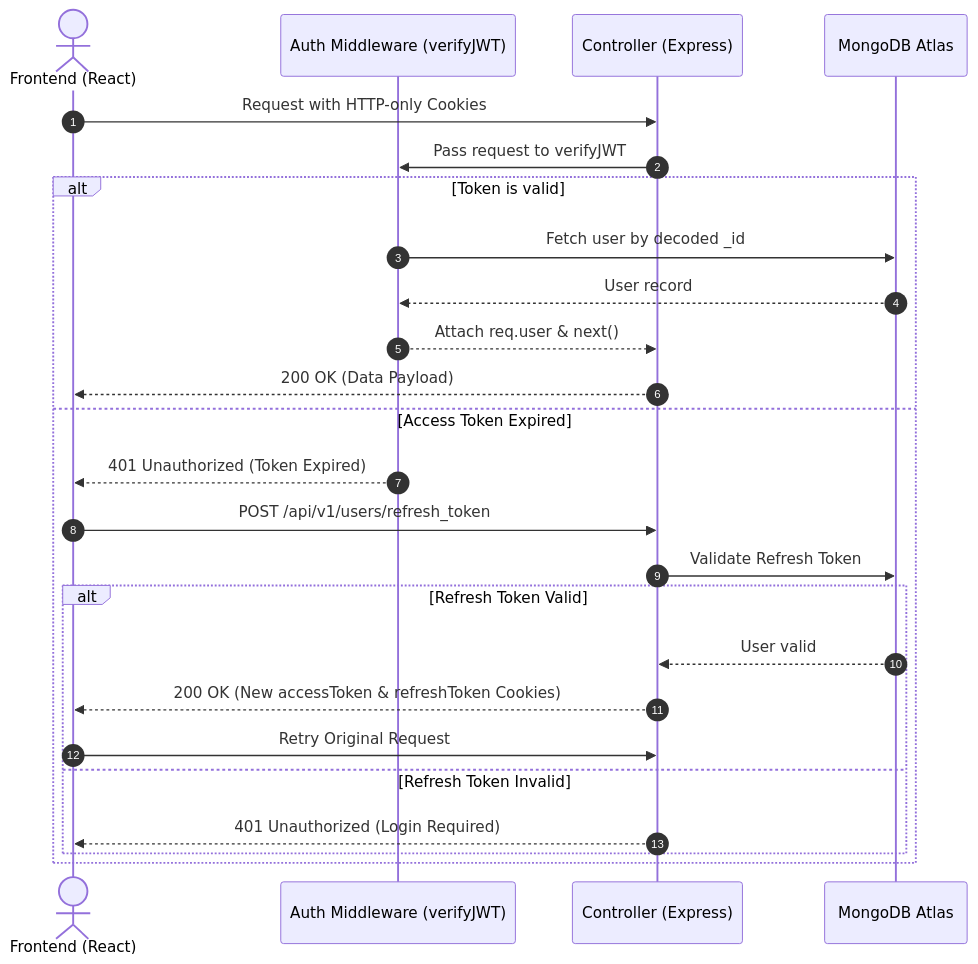
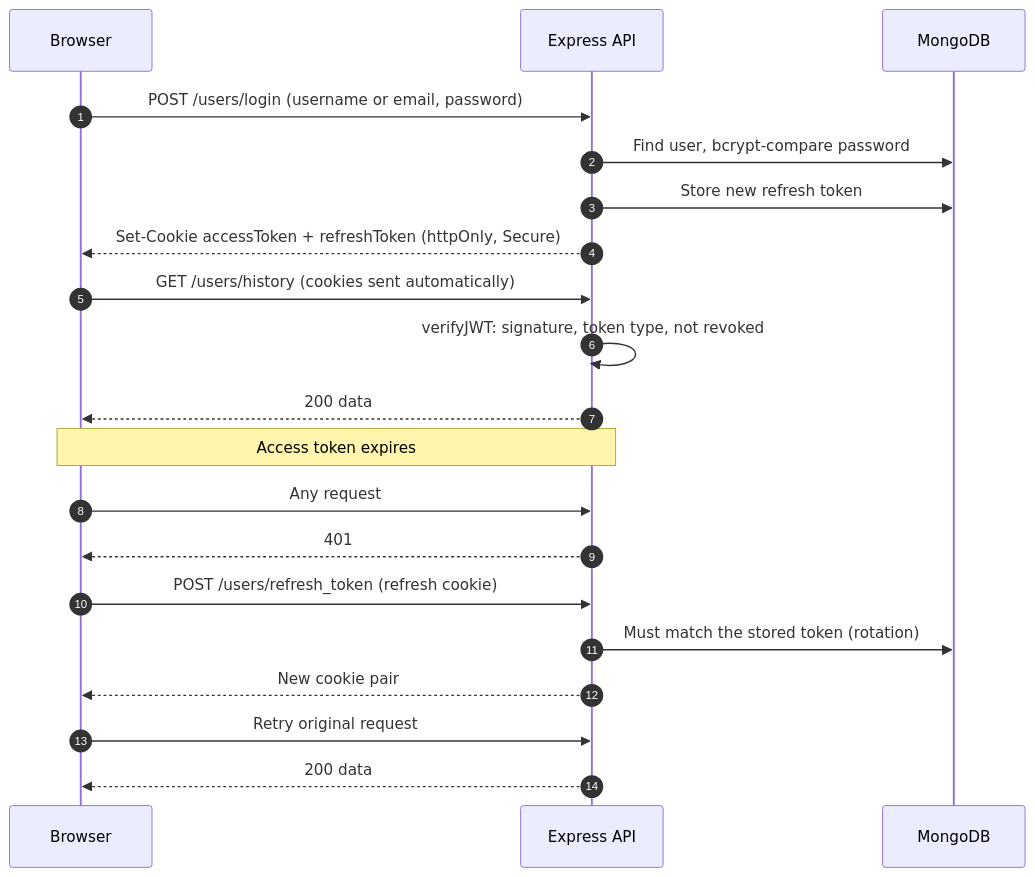
The third of 6 diagrams in README.md (vikrant48/Video_Mela_backend), drawn with Mermaid before and after one commit. The commit also changed other lines of this file, not shown here.

First line of the commit message:
docs: rewrite README with architecture, flows and security overview

````diff
--- a/README.md
+++ b/README.md
@@ -79,28 +91,25 @@
 ```mermaid
 sequenceDiagram
     autonumber
-    actor Client as Frontend (React)
-    participant Auth as Auth Middleware (verifyJWT)
-    participant API as Controller (Express)
-    participant DB as MongoDB Atlas
+    participant B as Browser
+    participant API as Express API
+    participant DB as MongoDB
 
-    Client->>API: Request with HTTP-only Cookies
-    API->>Auth: Pass request to verifyJWT
-    alt Token is valid
-        Auth->>DB: Fetch user by decoded _id
-        DB-->>Auth: User record
-        Auth-->>API: Attach req.user & next()
-        API-->>Client: 200 OK (Data Payload)
-    else Access Token Expired
-        Auth-->>Client: 401 Unauthorized (Token Expired)
-        Client->>API: POST /api/v1/users/refresh_token
-        API->>DB: Validate Refresh Token
-        alt Refresh Token Valid
-            DB-->>API: User valid
-            API-->>Client: 200 OK (New accessToken & refreshToken Cookies)
-            Client->>API: Retry Original Request
-        else Refresh Token Invalid
-            API-->>Client: 401 Unauthorized (Login Required)
-        end
-    end
+    B->>API: POST /users/login (username or email, password)
+    API->>DB: Find user, bcrypt-compare password
+    API->>DB: Store new refresh token
+    API-->>B: Set-Cookie accessToken + refreshToken (httpOnly, Secure)
+
+    B->>API: GET /users/history (cookies sent automatically)
+    API->>API: verifyJWT: signature, token type, not revoked
+    API-->>B: 200 data
+
+    Note over B,API: Access token expires
+    B->>API: Any request
+    API-->>B: 401
+    B->>API: POST /users/refresh_token (refresh cookie)
+    API->>DB: Must match the stored token (rotation)
+    API-->>B: New cookie pair
+    B->>API: Retry original request
+    API-->>B: 200 data
 ```
````
